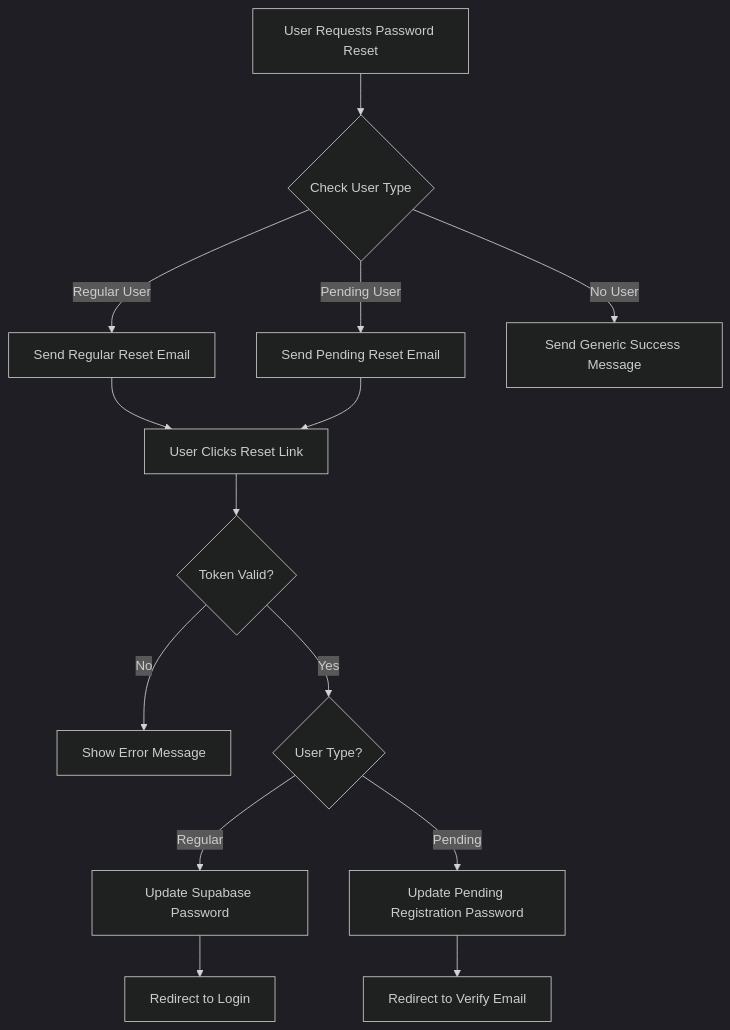
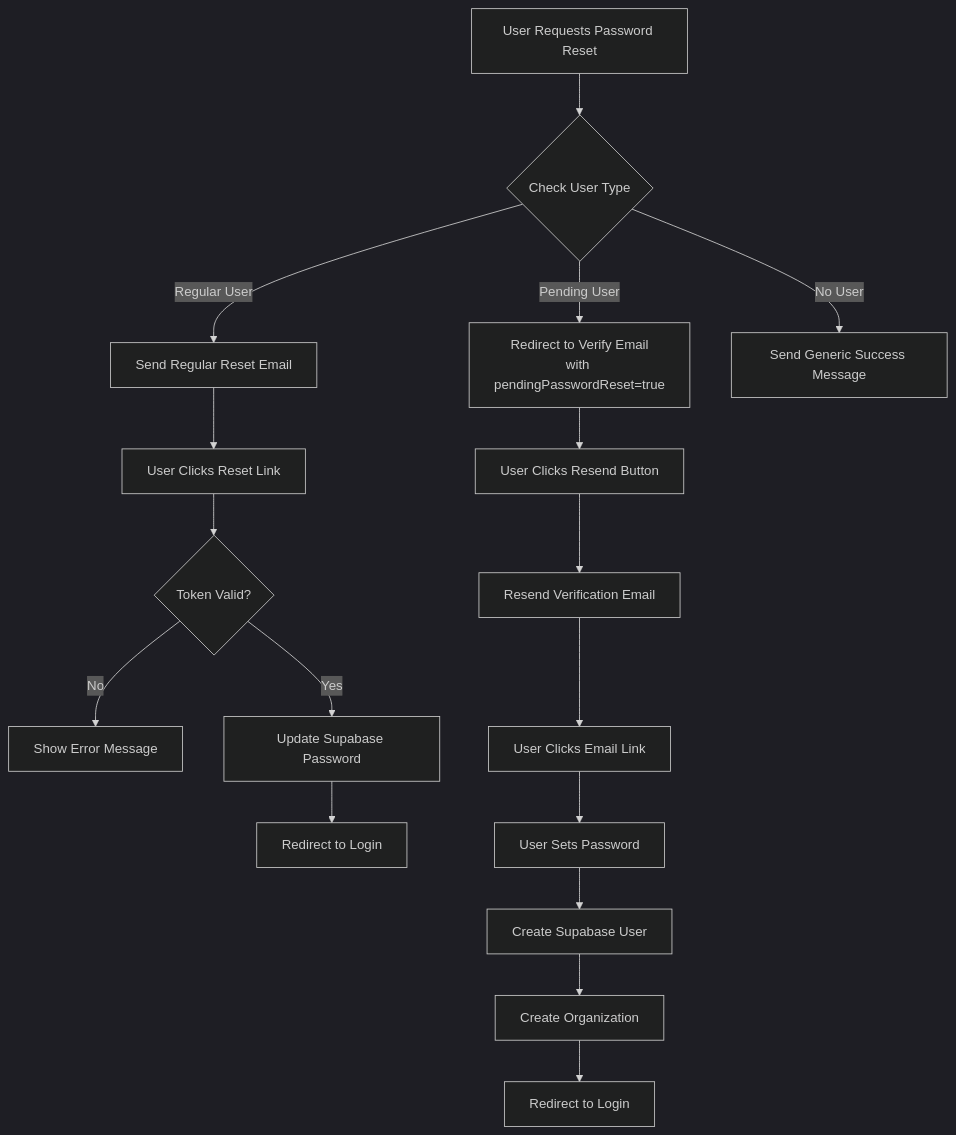
One commit to Maxapp-ZRH/PayMatch changed the third of 4 diagrams in docs/authentication.md. Above: the diagram before and after it, drawn with Mermaid (dark theme). The commit also changed other lines of this file and 17 other files, not shown here.

First line of the commit message:
fix: resolve duplicate email sending and improve verify-email UX

````diff
--- a/docs/authentication.md
+++ b/docs/authentication.md
@@ -123,16 +131,19 @@
 ```mermaid
 graph TD
     A[User Requests Password Reset] --> B{Check User Type}
     B -->|Regular User| C[Send Regular Reset Email]
-    B -->|Pending User| D[Send Pending Reset Email]
+    B -->|Pending User| D[Redirect to Verify Email<br/>with pendingPasswordReset=true]
     B -->|No User| E[Send Generic Success Message]
     C --> F[User Clicks Reset Link]
-    D --> F
-    F --> G{Token Valid?}
-    G -->|No| H[Show Error Message]
-    G -->|Yes| I{User Type?}
-    I -->|Regular| J[Update Supabase Password]
-    I -->|Pending| K[Update Pending Registration Password]
-    J --> L[Redirect to Login]
-    K --> M[Redirect to Verify Email]
+    D --> G[User Clicks Resend Button]
+    F --> H{Token Valid?}
+    G --> I[Resend Verification Email]
+    H -->|No| J[Show Error Message]
+    H -->|Yes| K[Update Supabase Password]
+    I --> L[User Clicks Email Link]
+    K --> M[Redirect to Login]
+    L --> N[User Sets Password]
+    N --> O[Create Supabase User]
+    O --> P[Create Organization]
+    P --> Q[Redirect to Login]
 ```
````
